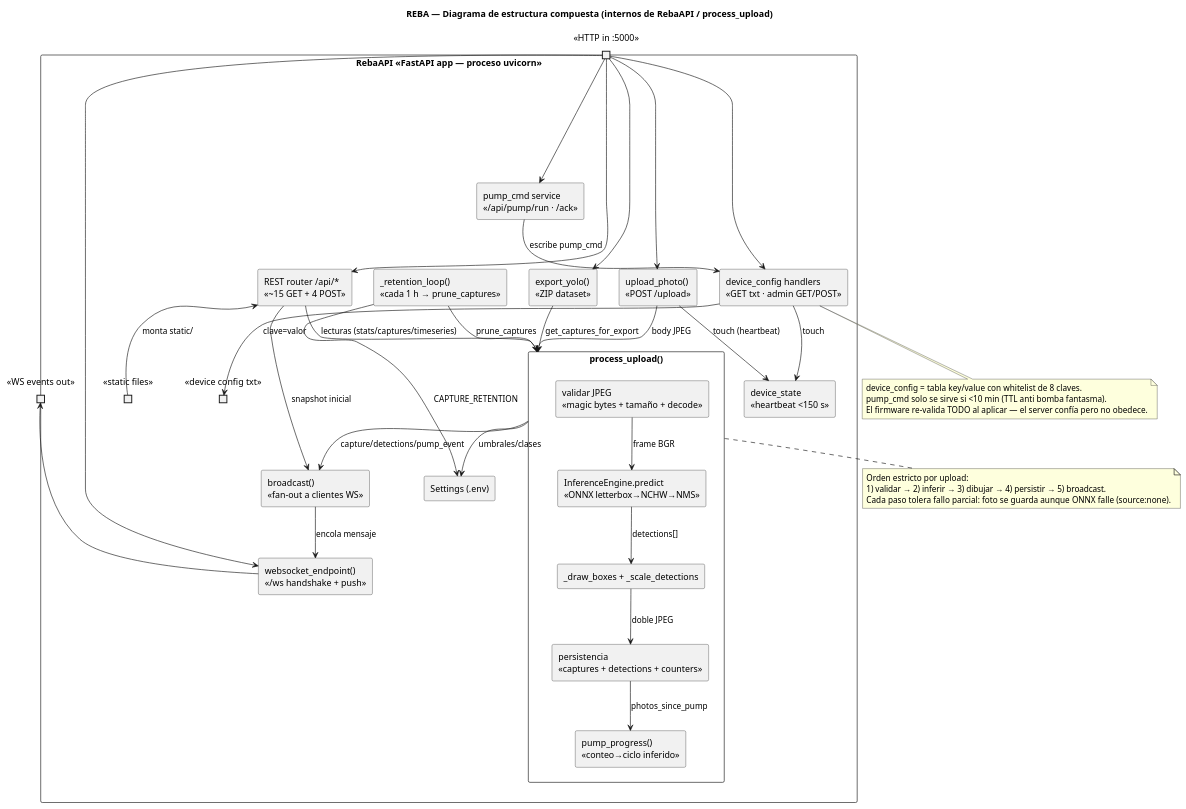
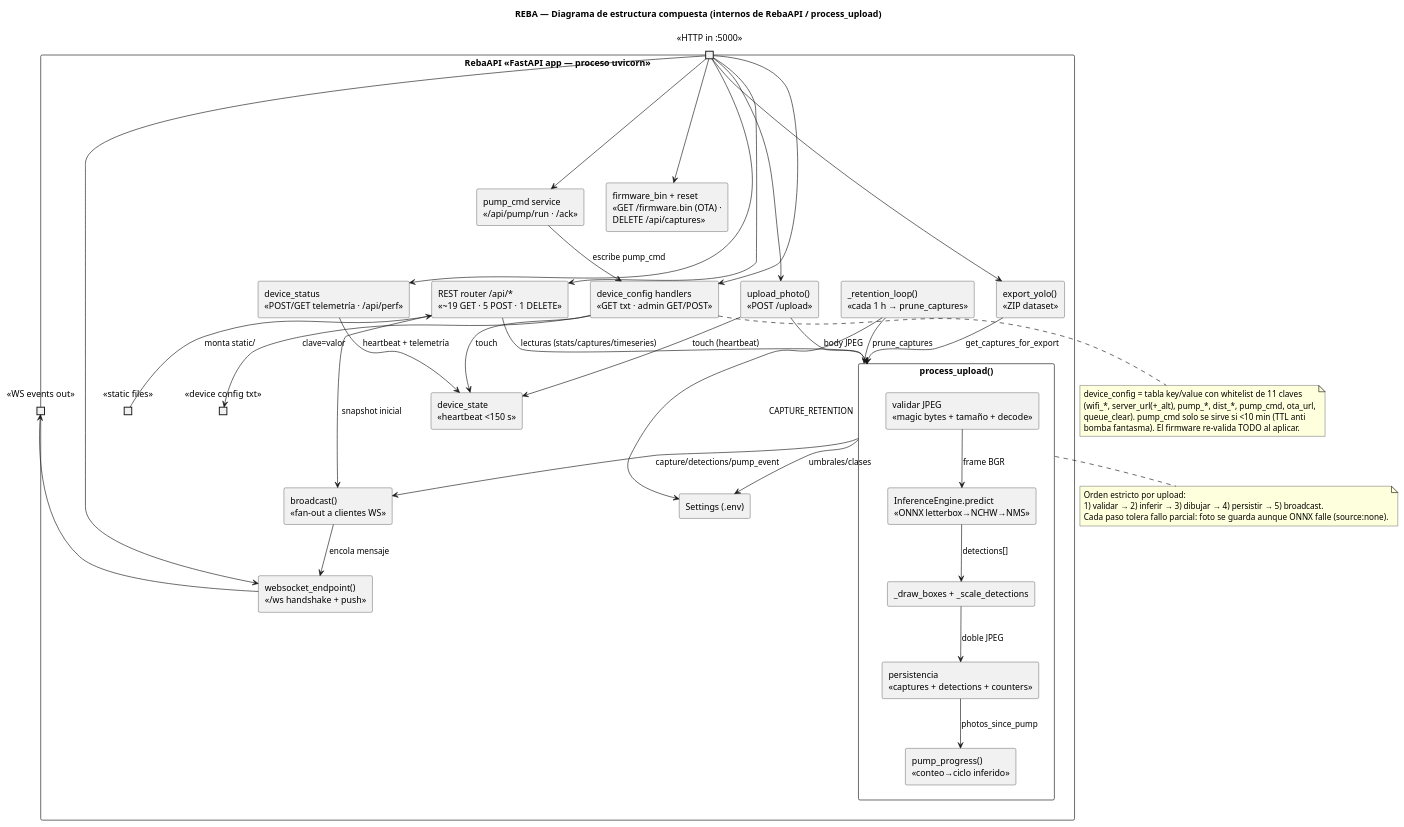
One commit to SebasHdez2006/reba_project changed the diagram in docs/diagramas/uml/04_diagrama_estructura_compuesta.puml. Above: the diagram before and after it, drawn with PlantUML. The commit also changed 45 other files, not shown here.

First line of the commit message:
docs: diagramas UML y arquitectura actualizados al estado real del sistema

```diff
--- a/docs/diagramas/uml/04_diagrama_estructura_compuesta.puml
+++ b/docs/diagramas/uml/04_diagrama_estructura_compuesta.puml
@@ -1,82 +1,88 @@
 @startuml 04_diagrama_estructura_compuesta
 title REBA — Diagrama de estructura compuesta (internos de RebaAPI / process_upload)
 
 skinparam componentStyle rectangle
 
 component "RebaAPI «FastAPI app — proceso uvicorn»" {
 
   ' ---- Puertos del sistema completo ----
   portin "«HTTP in :5000»" as pinHTTP
   portout "«WS events out»" as poutWS
   portout "«device config txt»" as poutCFG
   portout "«static files»" as poutStatic
 
   ' ---- Partes: endpoints ----
   component "upload_photo()\n«POST /upload»" as partUpload
-  component "REST router /api/*\n«~15 GET + 4 POST»" as partREST
+  component "REST router /api/*\n«~19 GET · 5 POST · 1 DELETE»" as partREST
   component "device_config handlers\n«GET txt · admin GET/POST»" as partDevCfg
   component "pump_cmd service\n«/api/pump/run · /ack»" as partPump
+  component "device_status\n«POST/GET telemetría · /api/perf»" as partStatus
+  component "firmware_bin + reset\n«GET /firmware.bin (OTA) ·\nDELETE /api/captures»" as partFw
   component "export_yolo()\n«ZIP dataset»" as partExport
   component "websocket_endpoint()\n«/ws handshake + push»" as partWS
 
   ' ---- Partes: pipeline interno ----
   component "process_upload()" as partPipe {
     component "validar JPEG\n«magic bytes + tamaño + decode»" as vVal
     component "InferenceEngine.predict\n«ONNX letterbox→NCHW→NMS»" as vInf
     component "_draw_boxes + _scale_detections" as vDraw
     component "persistencia\n«captures + detections + counters»" as vDB
     component "pump_progress()\n«conteo→ciclo inferido»" as vPump
     vVal --> vInf : frame BGR
     vInf --> vDraw : detections[]
     vDraw --> vDB : doble JPEG
     vDB --> vPump : photos_since_pump
   }
 
   ' ---- Partes: servicios de fondo ----
   component "_retention_loop()\n«cada 1 h → prune_captures»" as partRet
   component "broadcast()\n«fan-out a clientes WS»" as partBC
   component "device_state\n«heartbeat <150 s»" as partDev
   component "Settings (.env)" as partCfg
 
   ' ---- Conectores ----
   pinHTTP --> partUpload
   pinHTTP --> partREST
   pinHTTP --> partDevCfg
   pinHTTP --> partPump
+  pinHTTP --> partStatus
+  pinHTTP --> partFw
   pinHTTP --> partExport
   pinHTTP --> partWS
 
   partUpload --> partPipe : body JPEG
   partPipe --> partBC : capture/detections/pump_event
   partBC --> partWS : encola mensaje
   partWS --> poutWS
 
   partDevCfg --> poutCFG : clave=valor
   partPump --> partDevCfg : escribe pump_cmd
   partDevCfg --> partDev : touch
   partUpload --> partDev : touch (heartbeat)
+  partStatus --> partDev : heartbeat + telemetría
 
   partREST --> partPipe : lecturas (stats/captures/timeseries)
   partREST --> partBC : snapshot inicial
   partExport --> partPipe : get_captures_for_export
 
   partRet --> partPipe : prune_captures
   partPipe --> partCfg : umbrales/clases
   partRet --> partCfg : CAPTURE_RETENTION
 
   poutStatic --> partREST : monta static/
 }
 
 note bottom of partPipe
   Orden estricto por upload:
   1) validar → 2) inferir → 3) dibujar → 4) persistir → 5) broadcast.
   Cada paso tolera fallo parcial: foto se guarda aunque ONNX falle (source:none).
 end note
 
 note bottom of partDevCfg
-  device_config = tabla key/value con whitelist de 8 claves.
-  pump_cmd solo se sirve si <10 min (TTL anti bomba fantasma).
-  El firmware re-valida TODO al aplicar — el server confía pero no obedece.
+  device_config = tabla key/value con whitelist de 11 claves
+  (wifi_*, server_url(+_alt), pump_*, dist_*, pump_cmd, ota_url,
+  queue_clear). pump_cmd solo se sirve si <10 min (TTL anti
+  bomba fantasma). El firmware re-valida TODO al aplicar.
 end note
 
 @enduml
```
